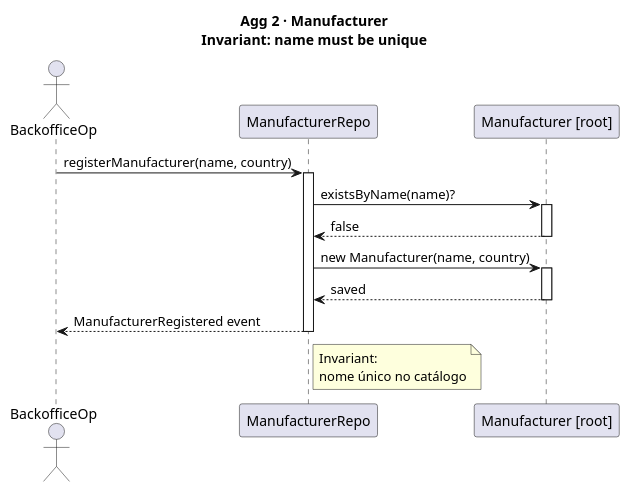
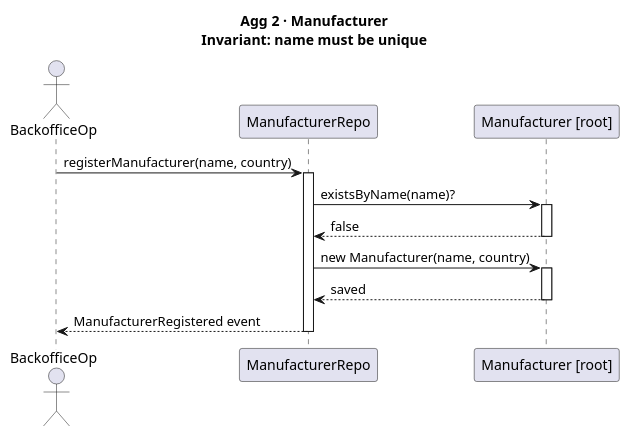
One commit to DuartePinto1240/sem4pi2526-sem4pi2526_2da2 changed the diagram in docs/Agg02.puml. Above: the diagram before and after it, drawn with PlantUML. The commit also changed 2 other files, not shown here.

```diff
--- a/docs/Agg02.puml
+++ b/docs/Agg02.puml
@@ -1,29 +1,25 @@
 @startuml US011_Agg02_Manufacturer
 title Agg 2 · Manufacturer\nInvariant: name must be unique
 
 actor "BackofficeOp" as Op
 participant "ManufacturerRepo" as Repo
 participant "Manufacturer [root]" as Mfr
 
 Op -> Repo : registerManufacturer(name, country)
 activate Repo
 
 Repo -> Mfr : existsByName(name)?
 activate Mfr
 Mfr --> Repo : false
 deactivate Mfr
 
 Repo -> Mfr : new Manufacturer(name, country)
 activate Mfr
 Mfr --> Repo : saved
 deactivate Mfr
 
 Repo --> Op : ManufacturerRegistered event
 deactivate Repo
 
-note right of Repo
-  Invariant:
-  nome único no catálogo
-end note
 
 @enduml
```
